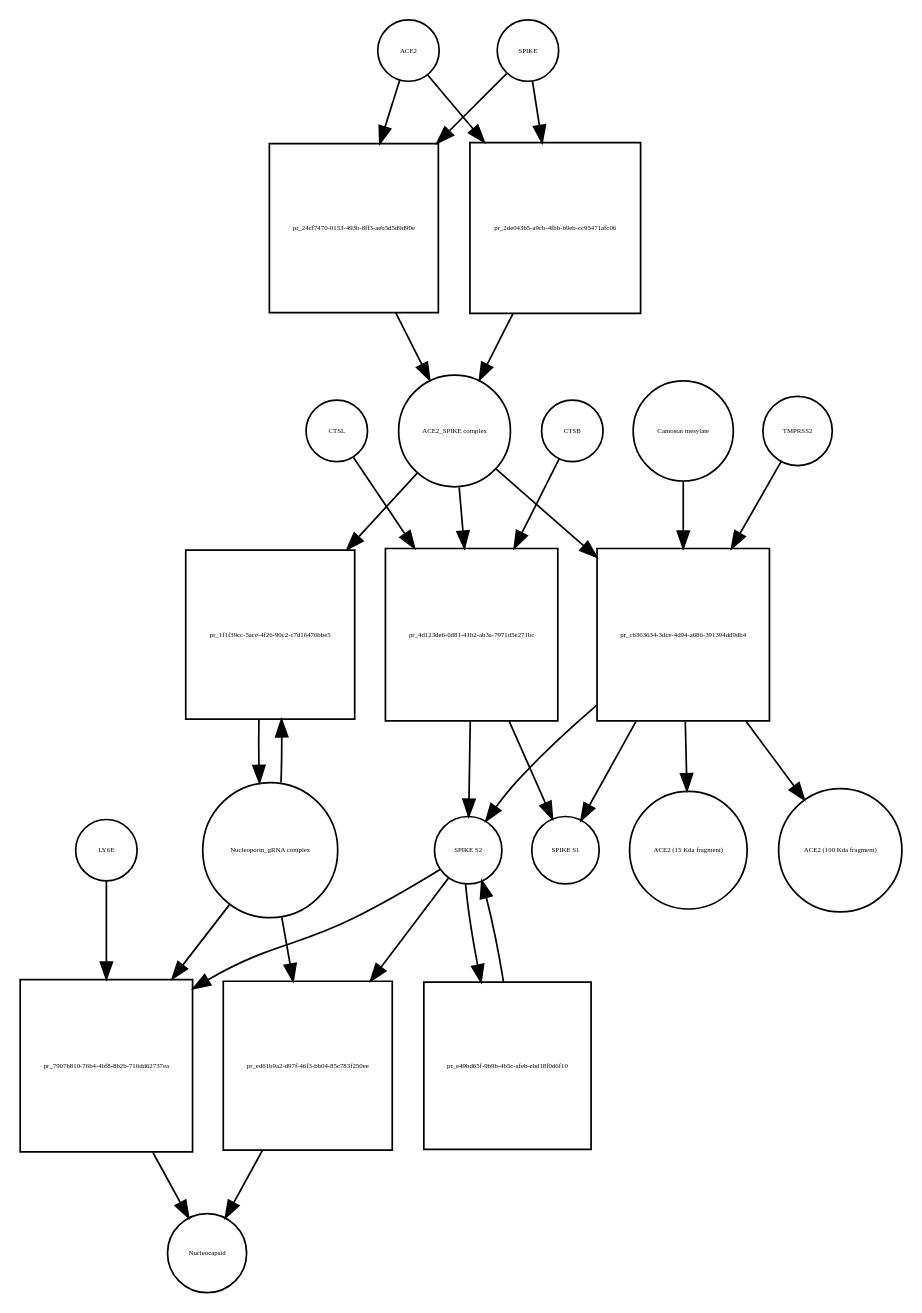
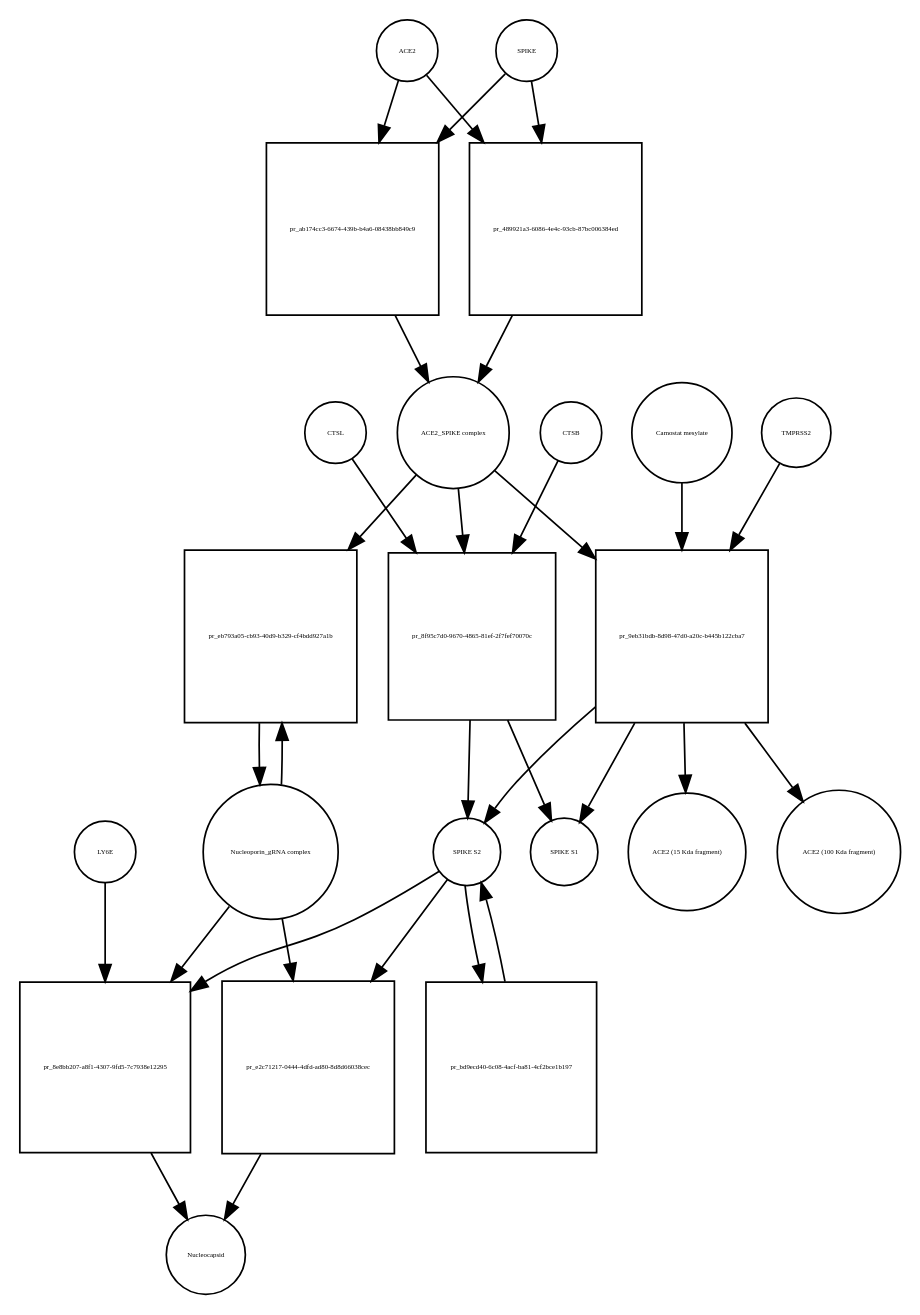
The diagram in Virus_replication_cycle_V02.xml_bipartite.dot (cannin/covid19-sbgn), drawn with Graphviz before and after one commit. The commit also changed 637 other files, not shown here.

```diff
--- a/Virus_replication_cycle_V02.xml_bipartite.dot
+++ b/Virus_replication_cycle_V02.xml_bipartite.dot
@@ -1,54 +1,54 @@
 strict digraph  {
 ACE2 [annotation="", bipartite=0, cls=macromolecule, fontsize=4, label=ACE2, shape=circle];
-"pr_24cf7470-0153-493b-8ff3-aeb5d5d9d90e" [annotation="", bipartite=1, cls=process, fontsize=4, label="pr_24cf7470-0153-493b-8ff3-aeb5d5d9d90e", shape=square];
+"pr_ab174cc3-6674-439b-b4a6-08438bb849c9" [annotation="", bipartite=1, cls=process, fontsize=4, label="pr_ab174cc3-6674-439b-b4a6-08438bb849c9", shape=square];
 "ACE2_SPIKE complex" [annotation="", bipartite=0, cls=complex, fontsize=4, label="ACE2_SPIKE complex", shape=circle];
 SPIKE [annotation="", bipartite=0, cls="macromolecule multimer", fontsize=4, label=SPIKE, shape=circle];
 "Nucleoporin_gRNA complex " [annotation="", bipartite=0, cls=complex, fontsize=4, label="Nucleoporin_gRNA complex ", shape=circle];
-"pr_1f1f39cc-5ace-4f26-90c2-c7d16476bbe5" [annotation="", bipartite=1, cls=process, fontsize=4, label="pr_1f1f39cc-5ace-4f26-90c2-c7d16476bbe5", shape=square];
-"pr_4d123de6-6d81-41b2-ab3a-7971d5e271bc" [annotation="", bipartite=1, cls=process, fontsize=4, label="pr_4d123de6-6d81-41b2-ab3a-7971d5e271bc", shape=square];
+"pr_eb793a05-cb93-40d9-b329-cf4bdd927a1b" [annotation="", bipartite=1, cls=process, fontsize=4, label="pr_eb793a05-cb93-40d9-b329-cf4bdd927a1b", shape=square];
+"pr_8f95c7d0-9670-4865-81ef-2f7fef70070c" [annotation="", bipartite=1, cls=process, fontsize=4, label="pr_8f95c7d0-9670-4865-81ef-2f7fef70070c", shape=square];
 "SPIKE S2" [annotation="", bipartite=0, cls=macromolecule, fontsize=4, label="SPIKE S2", shape=circle];
 CTSB [annotation="", bipartite=0, cls=macromolecule, fontsize=4, label=CTSB, shape=circle];
 CTSL [annotation="", bipartite=0, cls=macromolecule, fontsize=4, label=CTSL, shape=circle];
 "SPIKE S1" [annotation="", bipartite=0, cls=macromolecule, fontsize=4, label="SPIKE S1", shape=circle];
-"pr_c6363634-3dce-4d94-a686-391394dd9db4" [annotation="", bipartite=1, cls=process, fontsize=4, label="pr_c6363634-3dce-4d94-a686-391394dd9db4", shape=square];
+"pr_9eb31bdb-8d98-47d0-a20c-b445b122cba7" [annotation="", bipartite=1, cls=process, fontsize=4, label="pr_9eb31bdb-8d98-47d0-a20c-b445b122cba7", shape=square];
 TMPRSS2 [annotation="", bipartite=0, cls=macromolecule, fontsize=4, label=TMPRSS2, shape=circle];
 "Camostat mesylate" [annotation="urn_miriam_pubchem.compound_2536", bipartite=0, cls="simple chemical", fontsize=4, label="Camostat mesylate", shape=circle];
 "ACE2 (15 Kda fragment)" [annotation="", bipartite=0, cls=macromolecule, fontsize=4, label="ACE2 (15 Kda fragment)", shape=circle];
 "ACE2 (100 Kda fragment)" [annotation="", bipartite=0, cls=macromolecule, fontsize=4, label="ACE2 (100 Kda fragment)", shape=circle];
-"pr_2de043b5-a9cb-4fbb-b9eb-cc95471afc06" [annotation="", bipartite=1, cls=process, fontsize=4, label="pr_2de043b5-a9cb-4fbb-b9eb-cc95471afc06", shape=square];
-"pr_7907b810-76b4-4bf8-8b2b-710dd62737ea" [annotation="", bipartite=1, cls=process, fontsize=4, label="pr_7907b810-76b4-4bf8-8b2b-710dd62737ea", shape=square];
+"pr_489921a3-6086-4e4c-93cb-87bc006384ed" [annotation="", bipartite=1, cls=process, fontsize=4, label="pr_489921a3-6086-4e4c-93cb-87bc006384ed", shape=square];
+"pr_8e8bb207-a8f1-4307-9fd5-7c7938e12295" [annotation="", bipartite=1, cls=process, fontsize=4, label="pr_8e8bb207-a8f1-4307-9fd5-7c7938e12295", shape=square];
 Nucleocapsid [annotation="", bipartite=0, cls=complex, fontsize=4, label=Nucleocapsid, shape=circle];
 LY6E [annotation="", bipartite=0, cls=macromolecule, fontsize=4, label=LY6E, shape=circle];
-"pr_e49bd65f-9b9b-4b5c-afeb-ebd18f0d6f10" [annotation="", bipartite=1, cls=process, fontsize=4, label="pr_e49bd65f-9b9b-4b5c-afeb-ebd18f0d6f10", shape=square];
-"pr_ed61b9a2-d97f-46f3-bb04-85c783f250ee" [annotation="", bipartite=1, cls=process, fontsize=4, label="pr_ed61b9a2-d97f-46f3-bb04-85c783f250ee", shape=square];
-ACE2 -> "pr_24cf7470-0153-493b-8ff3-aeb5d5d9d90e"  [annotation="", interaction_type=consumption];
-ACE2 -> "pr_2de043b5-a9cb-4fbb-b9eb-cc95471afc06"  [annotation="", interaction_type=consumption];
-"pr_24cf7470-0153-493b-8ff3-aeb5d5d9d90e" -> "ACE2_SPIKE complex"  [annotation="", interaction_type=production];
-"ACE2_SPIKE complex" -> "pr_1f1f39cc-5ace-4f26-90c2-c7d16476bbe5"  [annotation="urn_miriam_pubmed_32142651|urn_miriam_pubmed_32094589", interaction_type=stimulation];
-"ACE2_SPIKE complex" -> "pr_4d123de6-6d81-41b2-ab3a-7971d5e271bc"  [annotation="", interaction_type=consumption];
-"ACE2_SPIKE complex" -> "pr_c6363634-3dce-4d94-a686-391394dd9db4"  [annotation="", interaction_type=consumption];
-SPIKE -> "pr_24cf7470-0153-493b-8ff3-aeb5d5d9d90e"  [annotation="", interaction_type=consumption];
-SPIKE -> "pr_2de043b5-a9cb-4fbb-b9eb-cc95471afc06"  [annotation="", interaction_type=consumption];
-"Nucleoporin_gRNA complex " -> "pr_1f1f39cc-5ace-4f26-90c2-c7d16476bbe5"  [annotation="", interaction_type=consumption];
-"Nucleoporin_gRNA complex " -> "pr_7907b810-76b4-4bf8-8b2b-710dd62737ea"  [annotation="", interaction_type=consumption];
-"Nucleoporin_gRNA complex " -> "pr_ed61b9a2-d97f-46f3-bb04-85c783f250ee"  [annotation="", interaction_type=consumption];
-"pr_1f1f39cc-5ace-4f26-90c2-c7d16476bbe5" -> "Nucleoporin_gRNA complex "  [annotation="", interaction_type=production];
-"pr_4d123de6-6d81-41b2-ab3a-7971d5e271bc" -> "SPIKE S2"  [annotation="", interaction_type=production];
-"pr_4d123de6-6d81-41b2-ab3a-7971d5e271bc" -> "SPIKE S1"  [annotation="", interaction_type=production];
-"SPIKE S2" -> "pr_7907b810-76b4-4bf8-8b2b-710dd62737ea"  [annotation="urn_miriam_doi_10.1101%2F2020.03.05.979260|urn_miriam_doi_10.1101%2F2020.04.02.021469", interaction_type=stimulation];
-"SPIKE S2" -> "pr_e49bd65f-9b9b-4b5c-afeb-ebd18f0d6f10"  [annotation="", interaction_type=consumption];
-"SPIKE S2" -> "pr_ed61b9a2-d97f-46f3-bb04-85c783f250ee"  [annotation="", interaction_type=stimulation];
-CTSB -> "pr_4d123de6-6d81-41b2-ab3a-7971d5e271bc"  [annotation=urn_miriam_pubmed_32142651, interaction_type=catalysis];
-CTSL -> "pr_4d123de6-6d81-41b2-ab3a-7971d5e271bc"  [annotation=urn_miriam_pubmed_32142651, interaction_type=catalysis];
-"pr_c6363634-3dce-4d94-a686-391394dd9db4" -> "SPIKE S2"  [annotation="", interaction_type=production];
-"pr_c6363634-3dce-4d94-a686-391394dd9db4" -> "SPIKE S1"  [annotation="", interaction_type=production];
-"pr_c6363634-3dce-4d94-a686-391394dd9db4" -> "ACE2 (15 Kda fragment)"  [annotation="", interaction_type=production];
-"pr_c6363634-3dce-4d94-a686-391394dd9db4" -> "ACE2 (100 Kda fragment)"  [annotation="", interaction_type=production];
-TMPRSS2 -> "pr_c6363634-3dce-4d94-a686-391394dd9db4"  [annotation="urn_miriam_pubmed_32142651|urn_miriam_pubmed_32094589|urn_miriam_pubmed_24227843", interaction_type=catalysis];
-"Camostat mesylate" -> "pr_c6363634-3dce-4d94-a686-391394dd9db4"  [annotation="urn_miriam_pubmed_32142651|urn_miriam_pubmed_32094589|urn_miriam_pubmed_24227843", interaction_type=inhibition];
-"pr_2de043b5-a9cb-4fbb-b9eb-cc95471afc06" -> "ACE2_SPIKE complex"  [annotation="", interaction_type=production];
-"pr_7907b810-76b4-4bf8-8b2b-710dd62737ea" -> Nucleocapsid  [annotation="", interaction_type=production];
-LY6E -> "pr_7907b810-76b4-4bf8-8b2b-710dd62737ea"  [annotation="urn_miriam_doi_10.1101%2F2020.03.05.979260|urn_miriam_doi_10.1101%2F2020.04.02.021469", interaction_type=inhibition];
-"pr_e49bd65f-9b9b-4b5c-afeb-ebd18f0d6f10" -> "SPIKE S2"  [annotation="", interaction_type=production];
-"pr_ed61b9a2-d97f-46f3-bb04-85c783f250ee" -> Nucleocapsid  [annotation="", interaction_type=production];
+"pr_bd9ecd40-6c08-4acf-ba81-4cf2bce1b197" [annotation="", bipartite=1, cls=process, fontsize=4, label="pr_bd9ecd40-6c08-4acf-ba81-4cf2bce1b197", shape=square];
+"pr_e2c71217-0444-4dfd-ad80-8d8d66038cec" [annotation="", bipartite=1, cls=process, fontsize=4, label="pr_e2c71217-0444-4dfd-ad80-8d8d66038cec", shape=square];
+ACE2 -> "pr_ab174cc3-6674-439b-b4a6-08438bb849c9"  [annotation="", interaction_type=consumption];
+ACE2 -> "pr_489921a3-6086-4e4c-93cb-87bc006384ed"  [annotation="", interaction_type=consumption];
+"pr_ab174cc3-6674-439b-b4a6-08438bb849c9" -> "ACE2_SPIKE complex"  [annotation="", interaction_type=production];
+"ACE2_SPIKE complex" -> "pr_eb793a05-cb93-40d9-b329-cf4bdd927a1b"  [annotation="urn_miriam_pubmed_32142651|urn_miriam_pubmed_32094589", interaction_type=stimulation];
+"ACE2_SPIKE complex" -> "pr_8f95c7d0-9670-4865-81ef-2f7fef70070c"  [annotation="", interaction_type=consumption];
+"ACE2_SPIKE complex" -> "pr_9eb31bdb-8d98-47d0-a20c-b445b122cba7"  [annotation="", interaction_type=consumption];
+SPIKE -> "pr_ab174cc3-6674-439b-b4a6-08438bb849c9"  [annotation="", interaction_type=consumption];
+SPIKE -> "pr_489921a3-6086-4e4c-93cb-87bc006384ed"  [annotation="", interaction_type=consumption];
+"Nucleoporin_gRNA complex " -> "pr_eb793a05-cb93-40d9-b329-cf4bdd927a1b"  [annotation="", interaction_type=consumption];
+"Nucleoporin_gRNA complex " -> "pr_8e8bb207-a8f1-4307-9fd5-7c7938e12295"  [annotation="", interaction_type=consumption];
+"Nucleoporin_gRNA complex " -> "pr_e2c71217-0444-4dfd-ad80-8d8d66038cec"  [annotation="", interaction_type=consumption];
+"pr_eb793a05-cb93-40d9-b329-cf4bdd927a1b" -> "Nucleoporin_gRNA complex "  [annotation="", interaction_type=production];
+"pr_8f95c7d0-9670-4865-81ef-2f7fef70070c" -> "SPIKE S2"  [annotation="", interaction_type=production];
+"pr_8f95c7d0-9670-4865-81ef-2f7fef70070c" -> "SPIKE S1"  [annotation="", interaction_type=production];
+"SPIKE S2" -> "pr_8e8bb207-a8f1-4307-9fd5-7c7938e12295"  [annotation="urn_miriam_doi_10.1101%2F2020.03.05.979260|urn_miriam_doi_10.1101%2F2020.04.02.021469", interaction_type=stimulation];
+"SPIKE S2" -> "pr_bd9ecd40-6c08-4acf-ba81-4cf2bce1b197"  [annotation="", interaction_type=consumption];
+"SPIKE S2" -> "pr_e2c71217-0444-4dfd-ad80-8d8d66038cec"  [annotation="", interaction_type=stimulation];
+CTSB -> "pr_8f95c7d0-9670-4865-81ef-2f7fef70070c"  [annotation=urn_miriam_pubmed_32142651, interaction_type=catalysis];
+CTSL -> "pr_8f95c7d0-9670-4865-81ef-2f7fef70070c"  [annotation=urn_miriam_pubmed_32142651, interaction_type=catalysis];
+"pr_9eb31bdb-8d98-47d0-a20c-b445b122cba7" -> "SPIKE S2"  [annotation="", interaction_type=production];
+"pr_9eb31bdb-8d98-47d0-a20c-b445b122cba7" -> "SPIKE S1"  [annotation="", interaction_type=production];
+"pr_9eb31bdb-8d98-47d0-a20c-b445b122cba7" -> "ACE2 (15 Kda fragment)"  [annotation="", interaction_type=production];
+"pr_9eb31bdb-8d98-47d0-a20c-b445b122cba7" -> "ACE2 (100 Kda fragment)"  [annotation="", interaction_type=production];
+TMPRSS2 -> "pr_9eb31bdb-8d98-47d0-a20c-b445b122cba7"  [annotation="urn_miriam_pubmed_32142651|urn_miriam_pubmed_32094589|urn_miriam_pubmed_24227843", interaction_type=catalysis];
+"Camostat mesylate" -> "pr_9eb31bdb-8d98-47d0-a20c-b445b122cba7"  [annotation="urn_miriam_pubmed_32142651|urn_miriam_pubmed_32094589|urn_miriam_pubmed_24227843", interaction_type=inhibition];
+"pr_489921a3-6086-4e4c-93cb-87bc006384ed" -> "ACE2_SPIKE complex"  [annotation="", interaction_type=production];
+"pr_8e8bb207-a8f1-4307-9fd5-7c7938e12295" -> Nucleocapsid  [annotation="", interaction_type=production];
+LY6E -> "pr_8e8bb207-a8f1-4307-9fd5-7c7938e12295"  [annotation="urn_miriam_doi_10.1101%2F2020.03.05.979260|urn_miriam_doi_10.1101%2F2020.04.02.021469", interaction_type=inhibition];
+"pr_bd9ecd40-6c08-4acf-ba81-4cf2bce1b197" -> "SPIKE S2"  [annotation="", interaction_type=production];
+"pr_e2c71217-0444-4dfd-ad80-8d8d66038cec" -> Nucleocapsid  [annotation="", interaction_type=production];
 }
```
